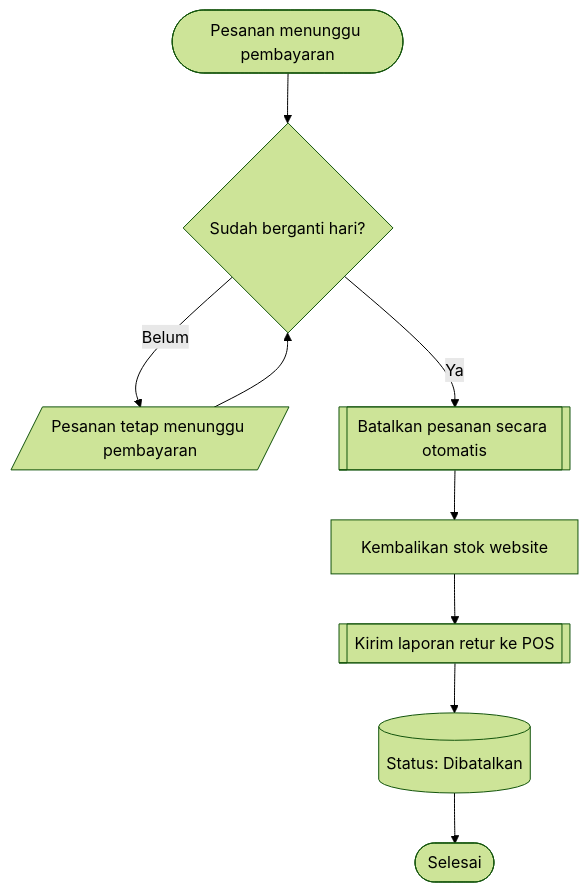
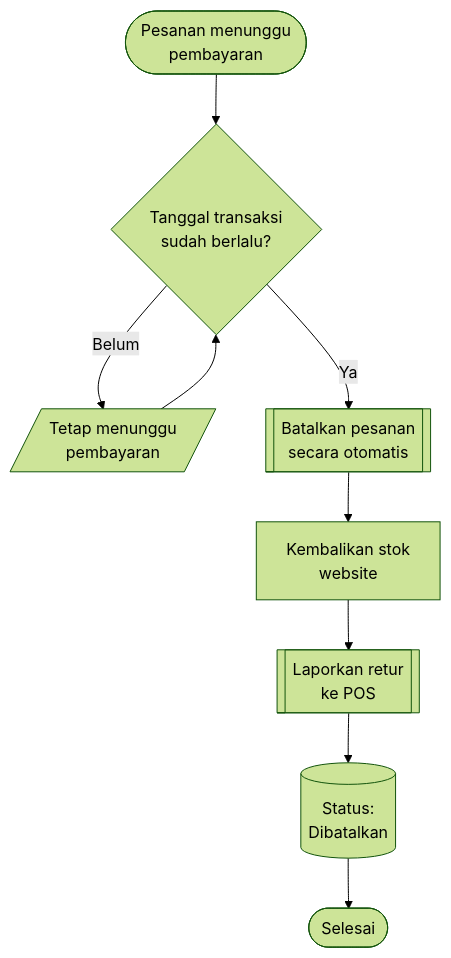
One commit to Webekspres/pixel-komunika changed the fourth of 5 diagrams in docs/client/DOKUMEN_REVIEW_DAN_PERSETUJUAN_KLIEN.md. Above: the diagram before and after it, drawn with Mermaid (forest theme). The commit also changed other lines of this file, not shown here.

Commit message:
docs: prevent clipped labels in client diagrams

````diff
--- a/docs/client/DOKUMEN_REVIEW_DAN_PERSETUJUAN_KLIEN.md
+++ b/docs/client/DOKUMEN_REVIEW_DAN_PERSETUJUAN_KLIEN.md
@@ -171,11 +171,11 @@
 ```mermaid
 flowchart TD
-    A(["Pesanan menunggu pembayaran"]) --> B{"Sudah berganti hari?"}
-    B -->|Belum| C[/"Pesanan tetap menunggu pembayaran"/]
+    A(["Pesanan menunggu<br/>pembayaran"]) --> B{"Tanggal transaksi<br/>sudah berlalu?"}
+    B -->|Belum| C[/"Tetap menunggu<br/>pembayaran"/]
     C --> B
-    B -->|Ya| D[["Batalkan pesanan secara otomatis"]]
-    D --> E["Kembalikan stok website"]
-    E --> F[["Kirim laporan retur ke POS"]]
-    F --> G[("Status: Dibatalkan")]
+    B -->|Ya| D[["Batalkan pesanan<br/>secara otomatis"]]
+    D --> E["Kembalikan stok<br/>website"]
+    E --> F[["Laporkan retur<br/>ke POS"]]
+    F --> G[("Status:<br/>Dibatalkan")]
     G --> H(["Selesai"])
 ```
````
